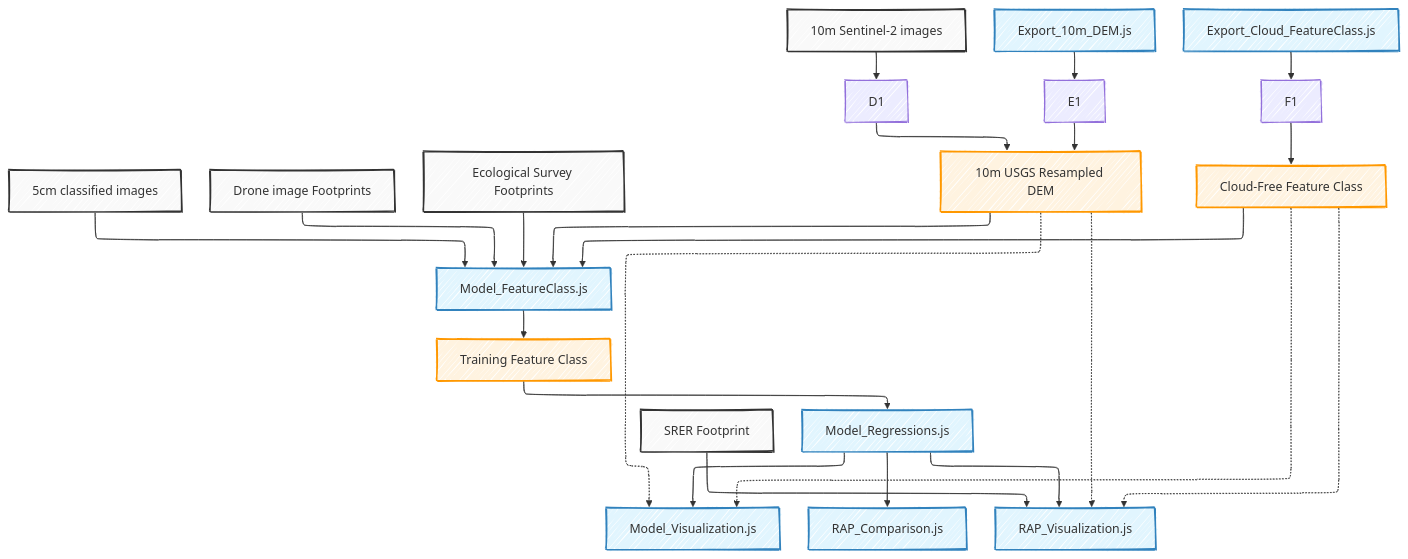
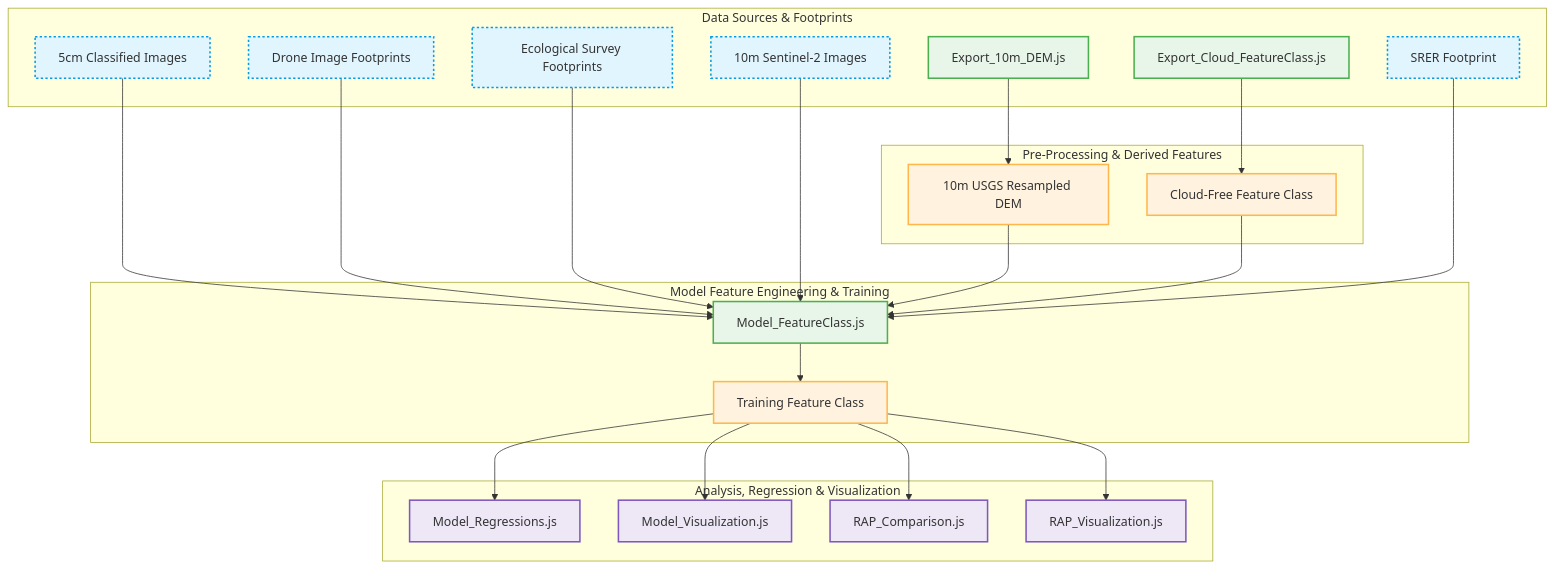
The diagram in README.md (afullhart/SantaRita), drawn with Mermaid before and after one commit.

````diff
--- a/README.md
+++ b/README.md
@@ -1,68 +1,72 @@
 ```mermaid
----
-config:
-  layout: elk
-  theme: default
-  look: handDrawn
-  edges: straight
----
-flowchart TD
-    classDef input fill:#f9f9f9,stroke:#333,stroke-width:2px;
-    classDef script fill:#e1f5fe,stroke:#3182bd,stroke-width:2px;
-    classDef asset fill:#fff3e0,stroke:#ff9800,stroke-width:2px;
+graph TD
+    %% Styling Definitions
+    classDef input fill:#e1f5fe,stroke:#039be5,stroke-width:2px,stroke-dasharray: 3 3;
+    classDef intermediate fill:#fff3e0,stroke:#ffb74d,stroke-width:2px;
+    classDef script fill:#e8f5e9,stroke:#4caf50,stroke-width:2px;
+    classDef output fill:#ede7f6,stroke:#7e57c2,stroke-width:2px;
 
-    %% Data Sources (Top Row Inputs)
-    A[5cm classified images]:::input
-    B[Drone image Footprints]:::input
-    C[Ecological Survey Footprints]:::input
-    D[10m Sentinel-2 images]:::input
-    E[Export_10m_DEM.js]:::script
-    F[Export_Cloud_FeatureClass.js]:::script
-    G[SRER Footprint]:::input
+    %% --- LEVEL 1: INPUT DATA & RAW TEXTURES ---
+    subgraph Inputs [Data Sources & Footprints]
+        I1["5cm Classified Images"]
+        I2["Drone Image Footprints"]
+        I3["Ecological Survey Footprints"]
+        I4["10m Sentinel-2 Images"]
+        I5["SRER Footprint"]
+        
+        %% Script-based pre-processing inputs
+        S1["Export_10m_DEM.js"]
+        S2["Export_Cloud_FeatureClass.js"]
+    end
 
-    %% Intermediate Assets (The First Manifold Stage)
-    H[10m USGS Resampled DEM]:::asset
-    I[Cloud-Free Feature Class]:::asset
+    %% --- LEVEL 2: PRE-PROCESSING & INTERMEDIATE PRODUCTS ---
+    subgraph PreProcessing [Pre-Processing & Derived Features]
+        P1["10m USGS Resampled DEM"]
+        P2["Cloud-Free Feature Class"]
+    end
 
-    %% Feature Extraction Core
-    J[Model_FeatureClass.js]:::script
-    K[Training Feature Class]:::asset
+    %% --- LEVEL 3: FEATURE ENGINEERING & TRAINING ---
+    subgraph CoreModel [Model Feature Engineering & Training]
+        S3["Model_FeatureClass.js"]
+        T1["Training Feature Class"]
+    end
 
-    %% Analysis & Execution
-    L[Model_Regressions.js]:::script
+    %% --- LEVEL 4: ANALYSIS & VISUALIZATION SCRIPTS ---
+    subgraph Evaluation [Analysis, Regression & Visualization]
+        O1["Model_Regressions.js"]
+        O2["Model_Visualization.js"]
+        O3["RAP_Comparison.js"]
+        O4["RAP_Visualization.js"]
+    end
 
-    %% Downstream Visualization & Comparison (Bottom Row Outputs)
-    M[Model_Visualization.js]:::script
-    N[RAP_Comparison.js]:::script
-    O[RAP_Visualization.js]:::script
+    %% --- FLOW CONNECTIONS ---
+    %% Left-side footprint pipeline
+    I1 --> S3
+    I2 --> S3
+    I3 --> S3
 
-    %% --- CONNECTIONS & FLOW ---
+    %% Pre-processing script connections
+    S1 --> P1
+    S2 --> P2
 
-    %% Pre-Processing Flows
-    D --> D1--> H
-    E --> E1--> H
-    F --> F1--> I
+    %% Right-side environmental data pipeline feeding into Feature Class script
+    I4 --> S3
+    P1 --> S3
+    P2 --> S3
+    I5 --> S3
 
-    %% Central Extraction Manifold (5 Data Paths Merging Into Feature Class)
-    A --> J
-    B --> J
-    C --> J
-    H --> J
-    I --> J
+    %% Feature generation to training data
+    S3 --> T1
 
-    %% Post-Extraction Path
-    J --> K
-    K --> L
+    %% Training data and environmental data feeding downstream scripts
+    T1 --> O1
+    T1 --> O2
+    T1 --> O3
+    T1 --> O4
 
-    %% The Linear Regression Multi-Funnels
-    L --> M
-    L --> N
-    L --> O
-
-    %% Global Asset Bypasses
-    H -.-> M
-    H -.-> O
-    I -.-> M
-    I -.-> O
-    G --> O
+    %% Assigning Classes for Visual Distinction
+    class I1,I2,I3,I4,I5 input;
+    class P1,P2,T1 intermediate;
+    class S1,S2,S3 script;
+    class O1,O2,O3,O4 output;
 ```
````
